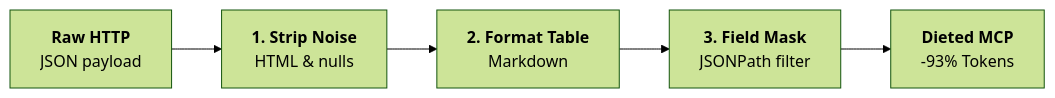
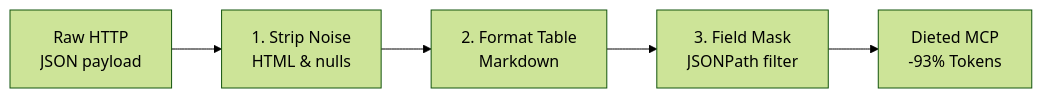
One commit to BraveRam/postmcp changed the diagram in packages/studio/content/docs/token-diet/pipeline.mdx. Above: the diagram before and after it, drawn with Mermaid (forest theme). The commit also changed 12 other files, not shown here.

Commit message:
docs(mermaid): fix edge statement grammar and scrub obsolete preset references across documentation

````diff
--- a/packages/studio/content/docs/token-diet/pipeline.mdx
+++ b/packages/studio/content/docs/token-diet/pipeline.mdx
@@ -5,8 +5,7 @@
 ```mermaid
 flowchart LR
-  Raw["<b>Raw HTTP</b><br/>JSON payload"]
-  --> S1["<b>1. Strip Noise</b><br/>HTML & nulls"]
-  --> S2["<b>2. Format Table</b><br/>Markdown"]
-  --> S3["<b>3. Field Mask</b><br/>JSONPath filter"]
-  --> Out["<b>Dieted MCP</b><br/>-93% Tokens"]
+  Raw["Raw HTTP<br/>JSON payload"] --> S1["1. Strip Noise<br/>HTML & nulls"]
+  S1 --> S2["2. Format Table<br/>Markdown"]
+  S2 --> S3["3. Field Mask<br/>JSONPath filter"]
+  S3 --> Out["Dieted MCP<br/>-93% Tokens"]
 ```
````
